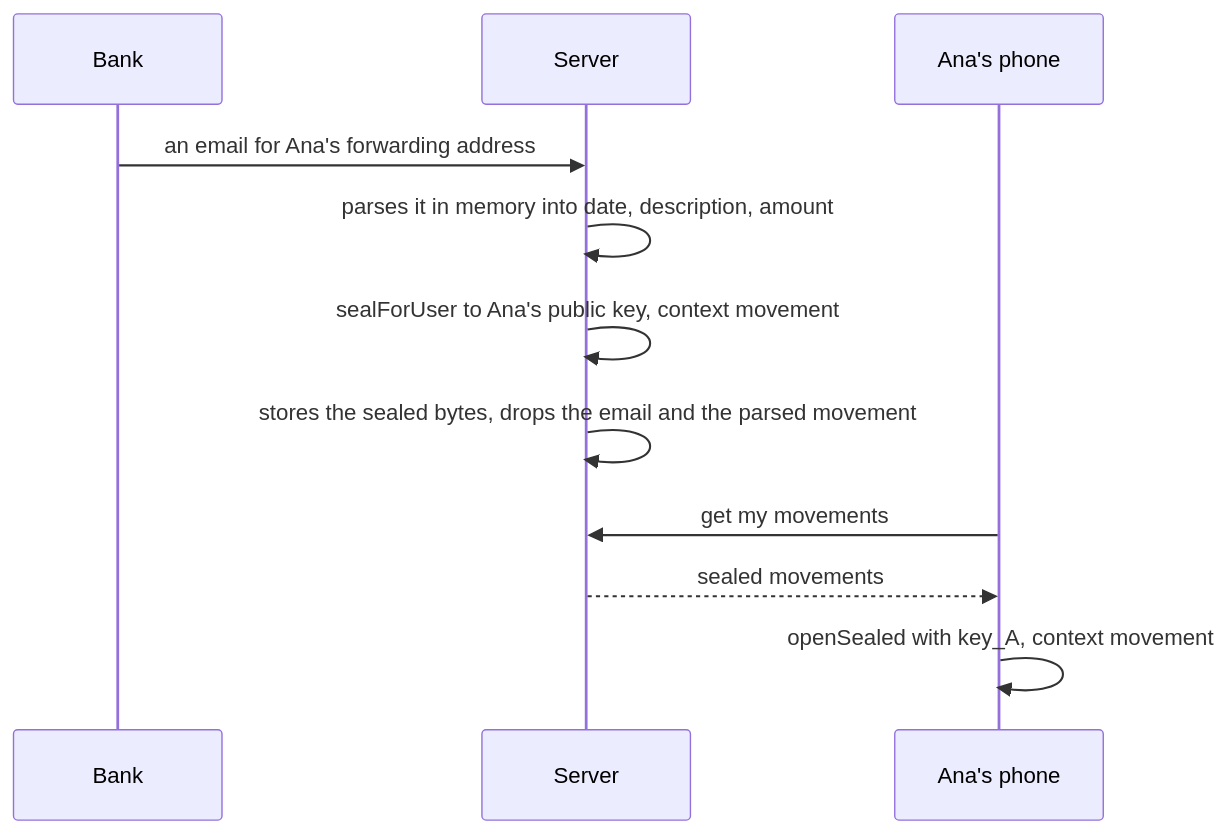
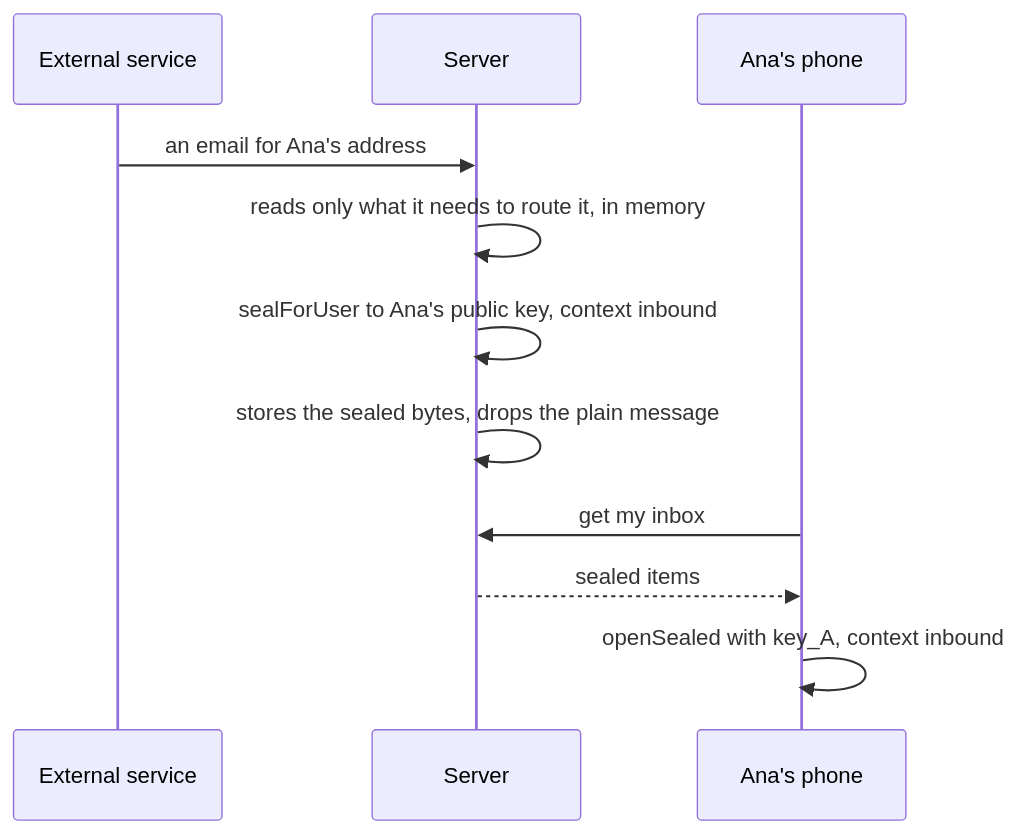
The diagram in example/09-sealed-ingest/README.md (ezpriv/crypto), drawn with Mermaid before and after one commit. The commit also changed other lines of this file and 15 other files, not shown here.

````diff
--- a/example/09-sealed-ingest/README.md
+++ b/example/09-sealed-ingest/README.md
@@ -9,13 +9,13 @@
 ```mermaid
 sequenceDiagram
-    participant Bank
+    participant Ext as External service
     participant Server
     participant Phone as Ana's phone
-    Bank->>Server: an email for Ana's forwarding address
-    Server->>Server: parses it in memory into date, description, amount
-    Server->>Server: sealForUser to Ana's public key, context movement
-    Server->>Server: stores the sealed bytes, drops the email and the parsed movement
-    Phone->>Server: get my movements
-    Server-->>Phone: sealed movements
-    Phone->>Phone: openSealed with key_A, context movement
+    Ext->>Server: an email for Ana's address
+    Server->>Server: reads only what it needs to route it, in memory
+    Server->>Server: sealForUser to Ana's public key, context inbound
+    Server->>Server: stores the sealed bytes, drops the plain message
+    Phone->>Server: get my inbox
+    Server-->>Phone: sealed items
+    Phone->>Phone: openSealed with key_A, context inbound
 ```
````
